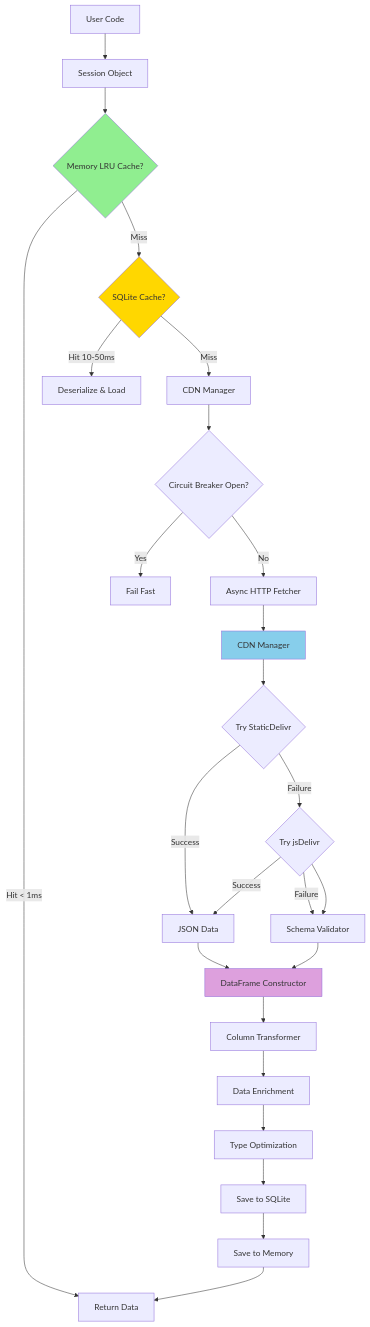
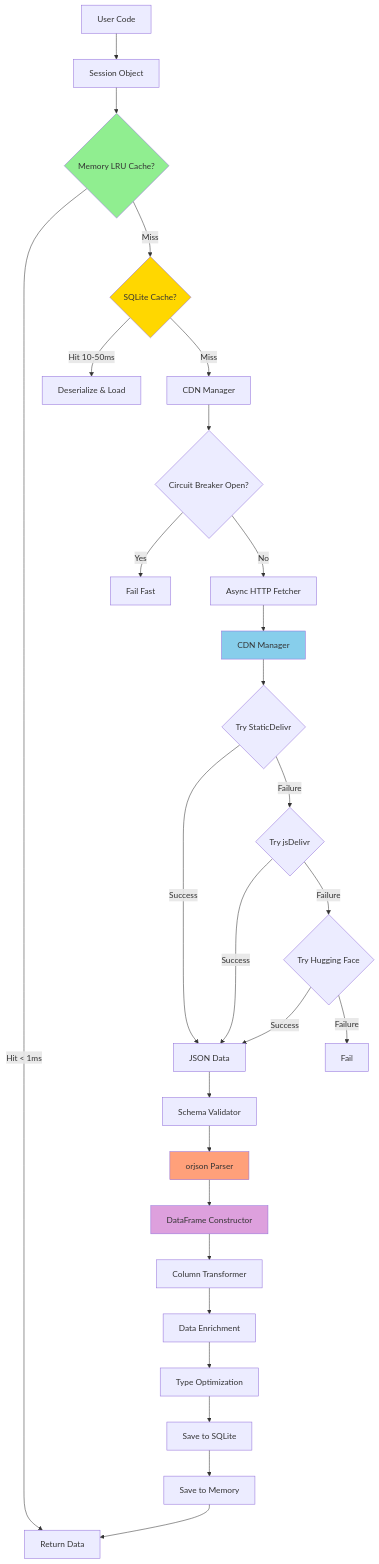
The diagram in docs/concepts/data-flow.mdx (TracingInsights/tif1), drawn with Mermaid before and after one commit. The commit also changed other lines of this file and 18 other files, not shown here.

First line of the commit message:
Release 0.6.0: Introduce Hugging Face buckets as a backup CDN source

````diff
--- a/docs/concepts/data-flow.mdx
+++ b/docs/concepts/data-flow.mdx
@@ -30,33 +30,35 @@
 ```mermaid
 graph TD
     A[User Code] --> B[Session Object]
     B --> C{Memory LRU Cache?}
     C -->|Hit < 1ms| D[Return Data]
     C -->|Miss| E{SQLite Cache?}
     E -->|Hit 10-50ms| F[Deserialize & Load]
     E -->|Miss| G[CDN Manager]
     G --> H{Circuit Breaker Open?}
     H -->|Yes| I[Fail Fast]
     H -->|No| J[Async HTTP Fetcher]
     J --> K[CDN Manager]
     K --> L{Try StaticDelivr}
     L -->|Success| M[JSON Data]
     L -->|Failure| N{Try jsDelivr}
     N -->|Success| M
-    N -->|Failure| O[Fail]
-    M --> P[orjson Parser]
-    N --> O[Schema Validator]
-    O --> P[DataFrame Constructor]
-    P --> Q[Column Transformer]
-    Q --> R[Data Enrichment]
-    R --> S[Type Optimization]
-    S --> T[Save to SQLite]
-    T --> U[Save to Memory]
-    U --> D
+    N -->|Failure| V{Try Hugging Face}
+    V -->|Success| M
+    V -->|Failure| W[Fail]
+    M --> P[Schema Validator]
+    P --> Q[orjson Parser]
+    Q --> R[DataFrame Constructor]
+    R --> S[Column Transformer]
+    S --> T[Data Enrichment]
+    T --> U[Type Optimization]
+    U --> X[Save to SQLite]
+    X --> Y[Save to Memory]
+    Y --> D
 
     style C fill:#90EE90
     style E fill:#FFD700
     style K fill:#87CEEB
-    style P fill:#FFA07A
-    style P fill:#DDA0DD
+    style Q fill:#FFA07A
+    style R fill:#DDA0DD
 ```
````
